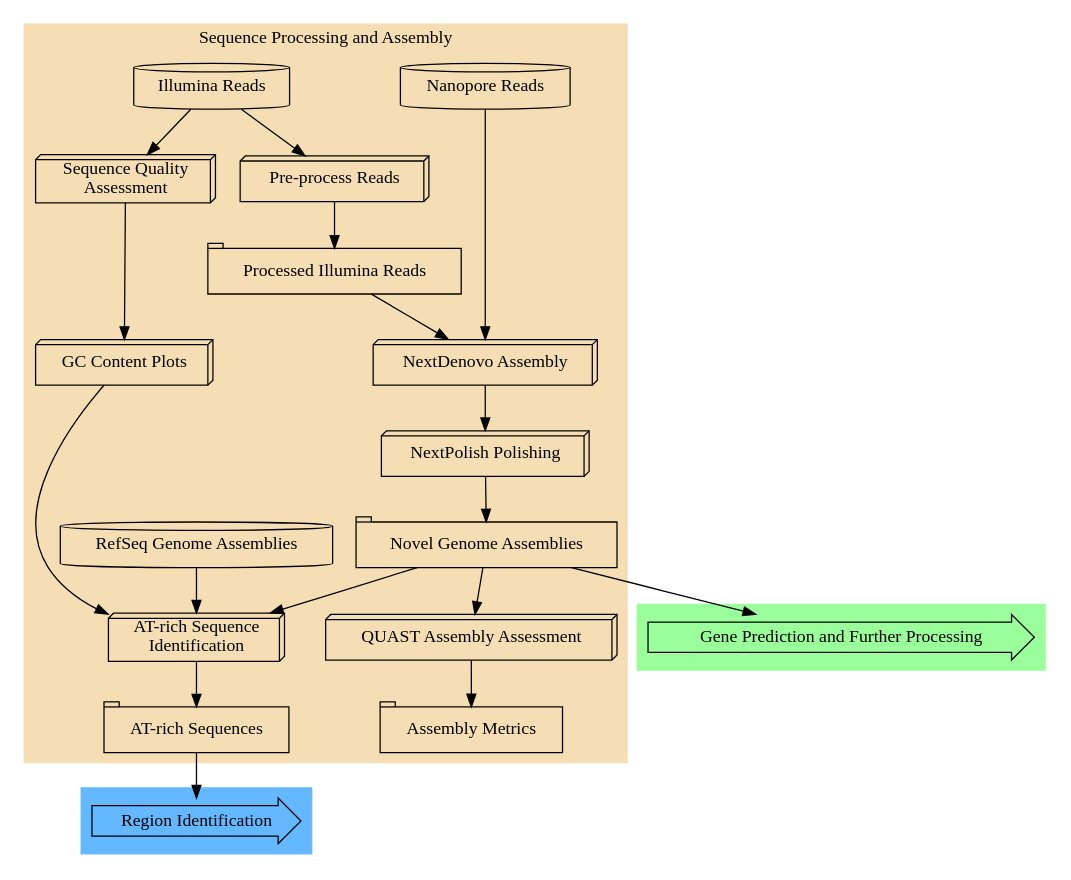
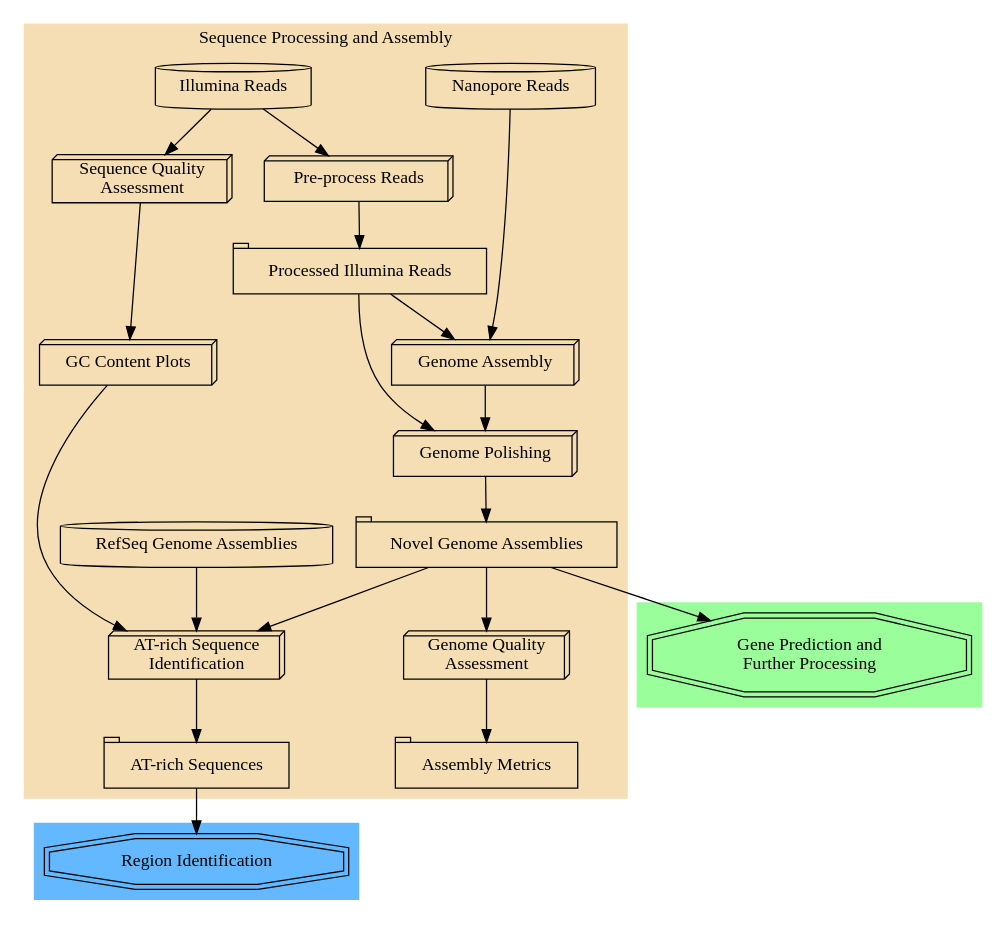
The diagram in working-thesis/figures/assembly-met.dot (cbe453/masters), drawn with Graphviz before and after one commit. The commit also changed 21 other files, not shown here.

```diff
--- a/working-thesis/figures/assembly-met.dot
+++ b/working-thesis/figures/assembly-met.dot
@@ -1,58 +1,59 @@
 digraph G{
 
 	subgraph cluster_1 {
 		 style = filled;
 		 color = palegreen1;
-		 "Gene Prediction and Further Processing" [shape = rarrow];
+		 "Gene Prediction and\nFurther Processing" [shape = doubleoctagon];
 		 
 	}
 	
 	#"Identify AT-rich Genomic Sequence" [shape = box3d];
 	#splines = ortho;
 	rankdir = "TB";
 	subgraph cluster_0 {
 		 style = filled;
 		 color = wheat;
 		 "Illumina Reads" [shape = cylinder];
 		 "Pre-process Reads" [shape = box3d];
 		 "Nanopore Reads" [shape = cylinder];
-		 "NextDenovo Assembly" [shape = box3d];
-		 "NextPolish Polishing" [shape = box3d];
+		 "Genome Assembly" [shape = box3d];
+		 "Genome Polishing" [shape = box3d];
 		 "Processed Illumina Reads" [shape = tab];
 		 "Sequence Quality\nAssessment" [shape = box3d];
 		 "Novel Genome Assemblies" [shape = tab];
 		 "Illumina Reads" -> "Pre-process Reads";
 		 "Illumina Reads" -> "Sequence Quality\nAssessment";
 		 "GC Content Plots" [shape = box3d];
 		 "Sequence Quality\nAssessment" -> "GC Content Plots";
 		 "Pre-process Reads" -> "Processed Illumina Reads";
-		 "Processed Illumina Reads" -> "NextDenovo Assembly";
-		 "Nanopore Reads" -> "NextDenovo Assembly";
-		 "NextDenovo Assembly" -> "NextPolish Polishing" -> "Novel Genome Assemblies";
-		 "QUAST Assembly Assessment" [shape = box3d];
-		 "Novel Genome Assemblies" -> "QUAST Assembly Assessment";
+		 "Processed Illumina Reads" -> "Genome Assembly";
+		 "Processed Illumina Reads" -> "Genome Polishing";
+		 "Nanopore Reads" -> "Genome Assembly";
+		 "Genome Assembly" -> "Genome Polishing" -> "Novel Genome Assemblies";
+		 "Genome Quality\nAssessment" [shape = box3d];
+		 "Novel Genome Assemblies" -> "Genome Quality\nAssessment";
 		 "Assembly Metrics" [shape = tab];
-		 "QUAST Assembly Assessment" -> "Assembly Metrics";
+		 "Genome Quality\nAssessment" -> "Assembly Metrics";
 		 #{rank = same; "Assembled Genomes"; "QUAST Assembly Assessment"};
 		 {rank = same; "Illumina Reads"; "Nanopore Reads"};
 		 label = "Sequence Processing and Assembly";
 	 	 #{rank = same; "Novel GA"; "Gene Prediction and Further Processing"};
 		 "AT-rich Sequence\nIdentification" [shape = box3d];
 		 "Novel Genome Assemblies" -> "AT-rich Sequence\nIdentification";
 		 "RefSeq Genome Assemblies" [shape = cylinder];
 		 "RefSeq Genome Assemblies" -> "AT-rich Sequence\nIdentification";
 		 "AT-rich Sequence\nIdentification" -> "AT-rich Sequences"
 		 "AT-rich Sequences" [shape = tab];
 		 "GC Content Plots" -> "AT-rich Sequence\nIdentification";
 	}
 
 	subgraph cluster_2 {
 		 style = filled;
 		 color = steelblue1;
-		 "Region Identification" [shape = rarrow]
+		 "Region Identification" [shape = doubleoctagon]
 	}
 
 	#"Assembled Genomes" -> "Identify AT-rich Genomic Sequence";
-	"Novel Genome Assemblies" -> "Gene Prediction and Further Processing";
+	"Novel Genome Assemblies" -> "Gene Prediction and\nFurther Processing";
 	"AT-rich Sequences" -> "Region Identification";
 }
```
